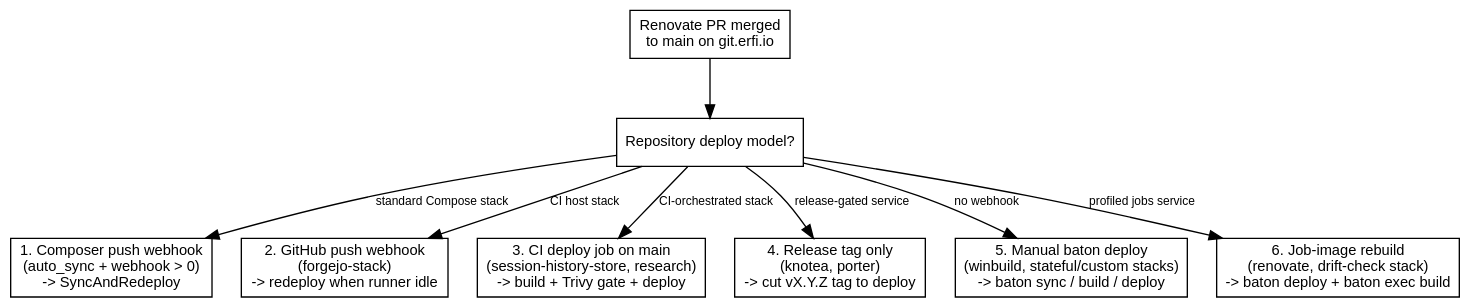
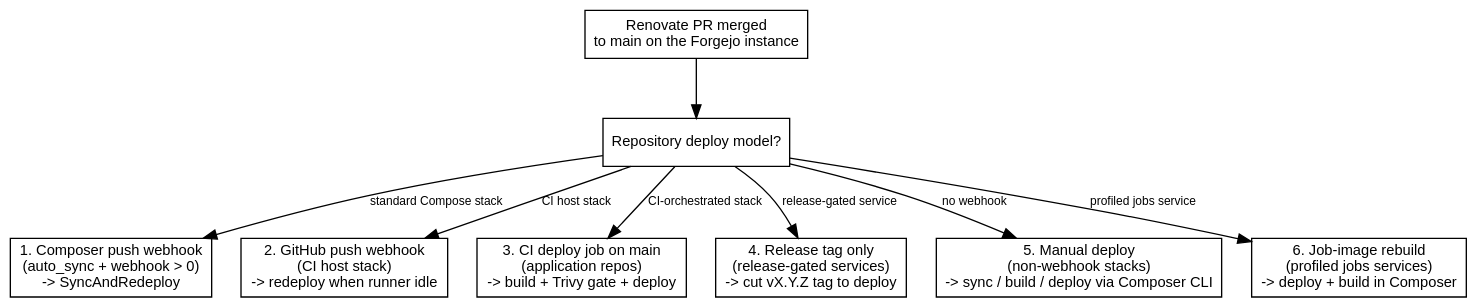
One commit to erfianugrah/lexicanum changed the second of 2 diagrams in src/content/docs/reference/self-hosted-renovate-forgejo.mdx. Above: the diagram before and after it, drawn with Graphviz. The commit also changed other lines of this file and 1 other file, not shown here.

First line of the commit message:
docs(forge): generalise the Renovate and vigil pages

````diff
--- a/src/content/docs/reference/self-hosted-renovate-forgejo.mdx
+++ b/src/content/docs/reference/self-hosted-renovate-forgejo.mdx
@@ -175,25 +175,25 @@
 ```dot
 digraph {
   rankdir=TB; bgcolor="transparent"; nodesep=0.3; ranksep=0.6;
   fontname="Helvetica,Arial,sans-serif";
   node [fontname="Helvetica,Arial,sans-serif", fontsize=11, shape=box];
   edge [fontname="Helvetica,Arial,sans-serif", fontsize=9];
 
-  merge [label="Renovate PR merged\nto main on git.erfi.io"];
+  merge [label="Renovate PR merged\nto main on the Forgejo instance"];
   kind [label="Repository deploy model?"];
   webhook [label="1. Composer push webhook\n(auto_sync + webhook > 0)\n-> SyncAndRedeploy"];
-  ghhook [label="2. GitHub push webhook\n(forgejo-stack)\n-> redeploy when runner idle"];
-  cijob [label="3. CI deploy job on main\n(session-history-store, research)\n-> build + Trivy gate + deploy"];
-  reltag [label="4. Release tag only\n(knotea, porter)\n-> cut vX.Y.Z tag to deploy"];
-  manual [label="5. Manual baton deploy\n(winbuild, stateful/custom stacks)\n-> baton sync / build / deploy"];
-  jobimg [label="6. Job-image rebuild\n(renovate, drift-check stack)\n-> baton deploy + baton exec build"];
+  ghhook [label="2. GitHub push webhook\n(CI host stack)\n-> redeploy when runner idle"];
+  cijob [label="3. CI deploy job on main\n(application repos)\n-> build + Trivy gate + deploy"];
+  reltag [label="4. Release tag only\n(release-gated services)\n-> cut vX.Y.Z tag to deploy"];
+  manual [label="5. Manual deploy\n(non-webhook stacks)\n-> sync / build / deploy via Composer CLI"];
+  jobimg [label="6. Job-image rebuild\n(profiled jobs services)\n-> deploy + build in Composer"];
 
   merge -> kind;
   kind -> webhook [label="standard Compose stack"];
   kind -> ghhook [label="CI host stack"];
   kind -> cijob [label="CI-orchestrated stack"];
   kind -> reltag [label="release-gated service"];
   kind -> manual [label="no webhook"];
   kind -> jobimg [label="profiled jobs service"];
 }
 ```
````
